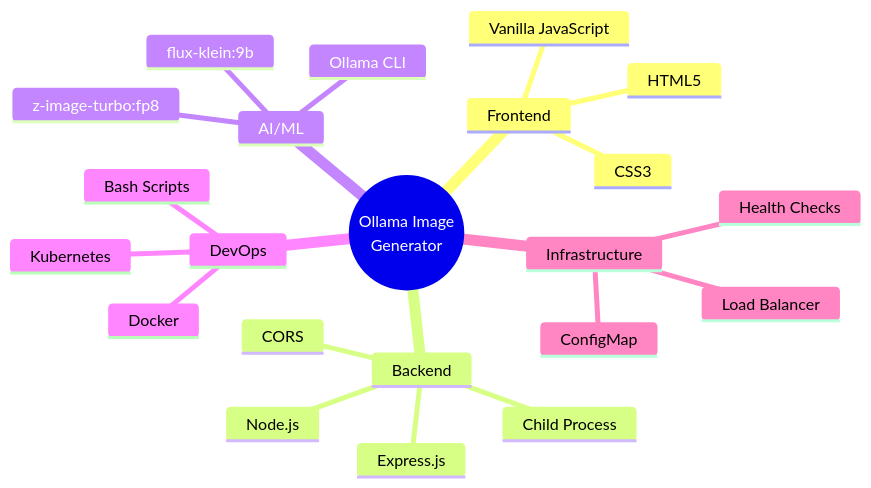
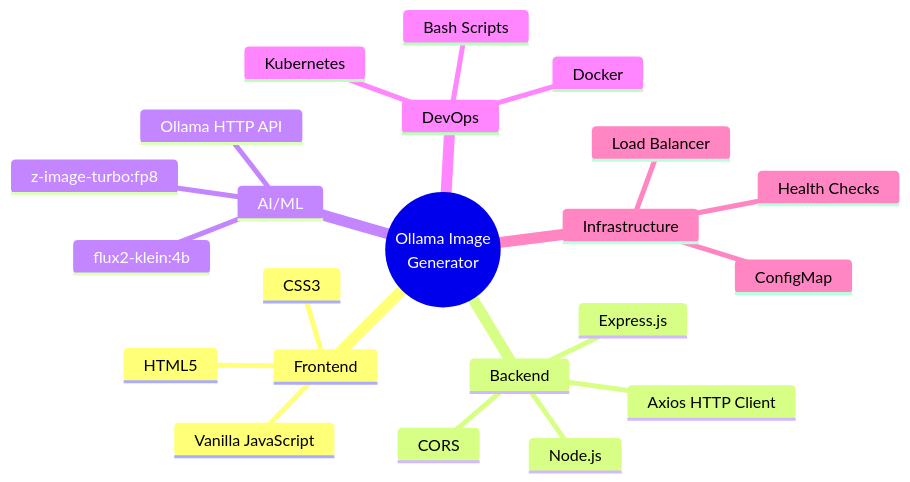
One commit to oniak3ibm/ollama-image-generator changed the sixth of 8 diagrams in ARCHITECTURE.md. Above: the diagram before and after it, drawn with Mermaid.

Commit message:
Update: 2026-01-23 09:43:04

````diff
--- a/ARCHITECTURE.md
+++ b/ARCHITECTURE.md
@@ -165,25 +165,25 @@
 ```mermaid
 mindmap
   root((Ollama Image<br/>Generator))
     Frontend
       HTML5
       CSS3
       Vanilla JavaScript
     Backend
       Node.js
       Express.js
-      Child Process
+      Axios HTTP Client
       CORS
     AI/ML
-      Ollama CLI
-      flux-klein:9b
+      Ollama HTTP API
+      flux2-klein:4b
       z-image-turbo:fp8
     DevOps
       Docker
       Kubernetes
       Bash Scripts
     Infrastructure
       Load Balancer
       ConfigMap
       Health Checks
 ```
````
